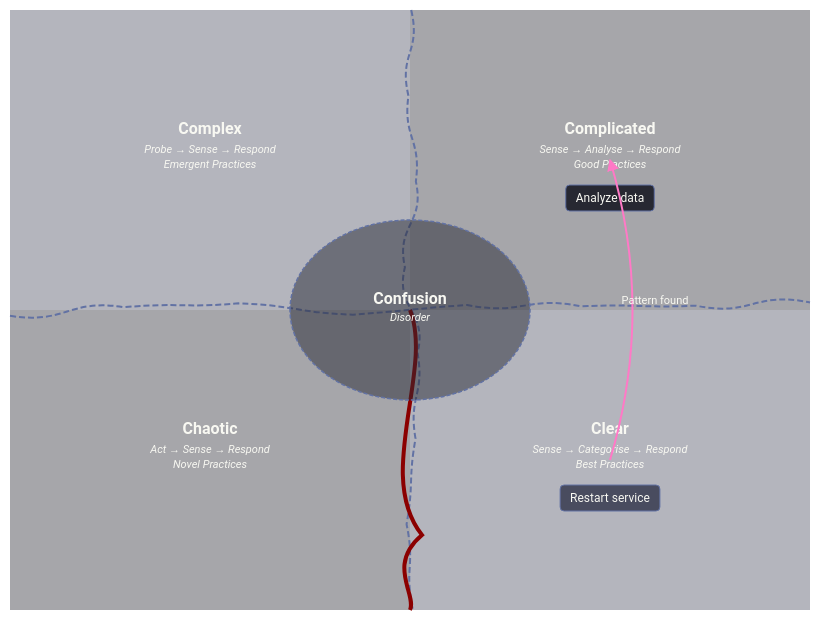
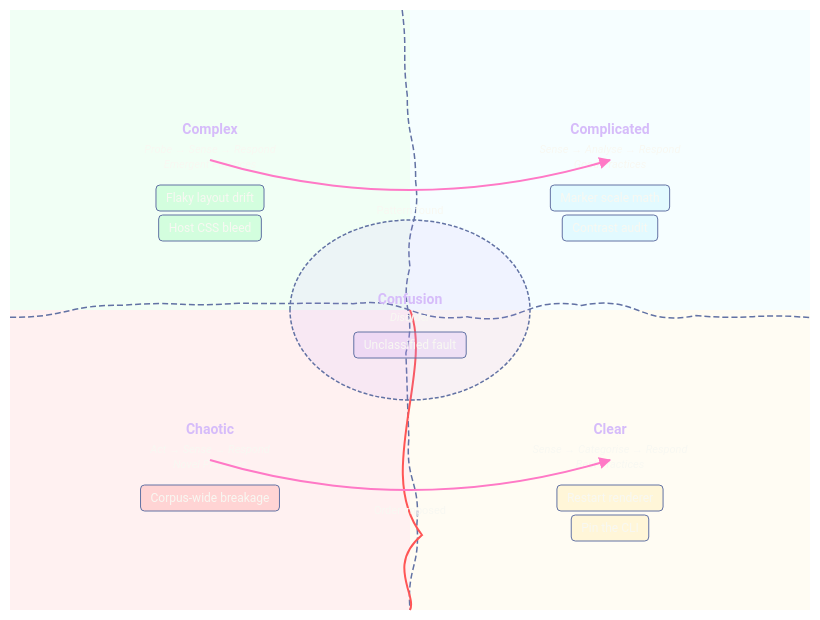
Before and after one commit to bsamiee/Rasm: diagram 19 of 25 in .claude/skills/mermaid-diagramming/references/syntax-extended.md, drawn with Mermaid. The commit also changed other lines of this file and 56 other files, not shown here.

````diff
--- a/.claude/skills/mermaid-diagramming/references/syntax-extended.md
+++ b/.claude/skills/mermaid-diagramming/references/syntax-extended.md
@@ -573,31 +986,51 @@
 ```mermaid
 ---
 config:
   theme: base
   look: classic
+  cynefin:
+    seed: 7
   themeVariables:
     darkMode: true
     fontFamily: "SF Mono, Menlo, Cascadia Mono, Segoe UI Mono, Consolas, monospace"
     useGradient: false
     dropShadow: "none"
     textColor: "#F8F8F2"
+    mainBkg: "#44475A"
     cynefin:
+      domainFontSize: 14
+      itemFontSize: 12
       textColor: "#F8F8F2"
-      labelColor: "#F8F8F2"
+      labelColor: "#D6BCFA"
       boundaryColor: "#6272A4"
+      boundaryWidth: 1.5
+      cliffColor: "#FF5555"
+      cliffWidth: 2
       arrowColor: "#FF79C6"
-      complexBg: "#44475A"
-      complicatedBg: "#21222C"
-      clearBg: "#44475A"
-      chaoticBg: "#21222C"
-      confusionBg: "#282A36"
+      arrowWidth: 2
+      complexBg: "#50FA7B33"
+      complicatedBg: "#8BE9FD33"
+      clearBg: "#FFD86633"
+      chaoticBg: "#FF555533"
+      confusionBg: "#BD93F933"
+  themeCSS: ".cynefinItem{fill:#44475A;stroke:#6272A4}.cynefinItemText{fill:#F8F8F2}"
 ---
 cynefin-beta
-  accTitle: Domain sort demo
-  accDescr: Practices sorted into clear and complicated with one labeled reclassification.
+  accTitle: Failure domain sort
+  accDescr: Render faults sorted across the five cynefin domains with two labeled reclassifications as understanding grows.
+  complex
+    "Flaky layout drift"
+    "Host CSS bleed"
+  complicated
+    "Marker scale math"
+    "Contrast audit"
   clear
-    "Restart service"
-  complicated
-    "Analyze data"
-  clear --> complicated : "Pattern found"
+    "Restart renderer"
+    "Pin the CLI"
+  chaotic
+    "Corpus-wide breakage"
+  confusion
+    "Unclassified fault"
+  complex --> complicated : "Pattern found"
+  chaotic --> clear : "Order imposed"
 ```
````
